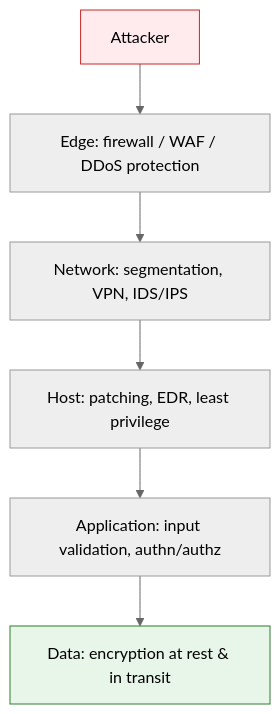
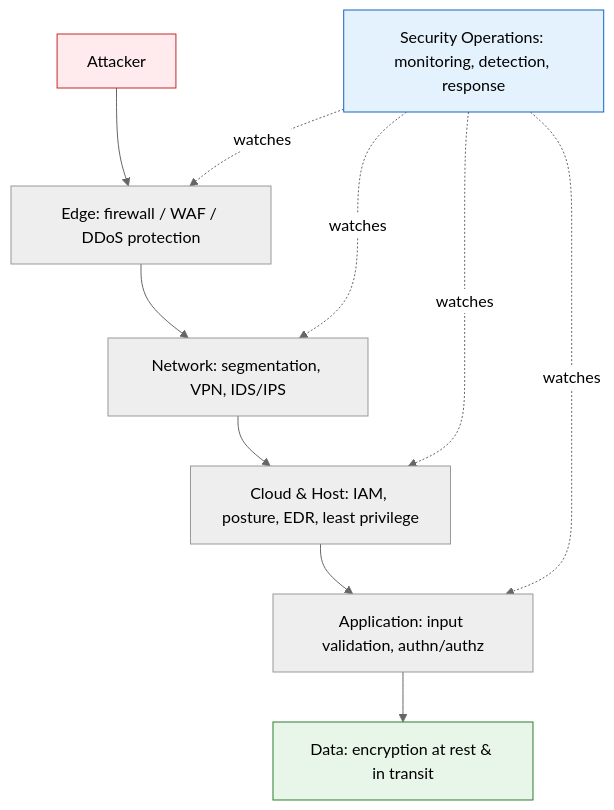
One commit to AndrewAltimit/Documentation changed the diagram in github-pages/docs/technology/cybersecurity/index.md. Above: the diagram before and after it, drawn with Mermaid (neutral theme). The commit also changed other lines of this file and 200 other files, not shown here.

````diff
--- a/github-pages/docs/technology/cybersecurity/index.md
+++ b/github-pages/docs/technology/cybersecurity/index.md
@@ -42,10 +42,15 @@
 ```mermaid
 flowchart TD
     A["Attacker"] --> E["Edge: firewall / WAF / DDoS protection"]
     E --> N["Network: segmentation, VPN, IDS/IPS"]
-    N --> H["Host: patching, EDR, least privilege"]
-    H --> APP["Application: input validation, authn/authz"]
+    N --> C["Cloud & Host: IAM, posture, EDR, least privilege"]
+    C --> APP["Application: input validation, authn/authz"]
     APP --> D["Data: encryption at rest & in transit"]
+    SOC["Security Operations: monitoring, detection, response"] -.watches.-> E
+    SOC -.watches.-> N
+    SOC -.watches.-> C
+    SOC -.watches.-> APP
     style A fill:#ffebee,stroke:#c62828
     style D fill:#e8f5e9,stroke:#2e7d32
+    style SOC fill:#e3f2fd,stroke:#1565c0
 ```
````
